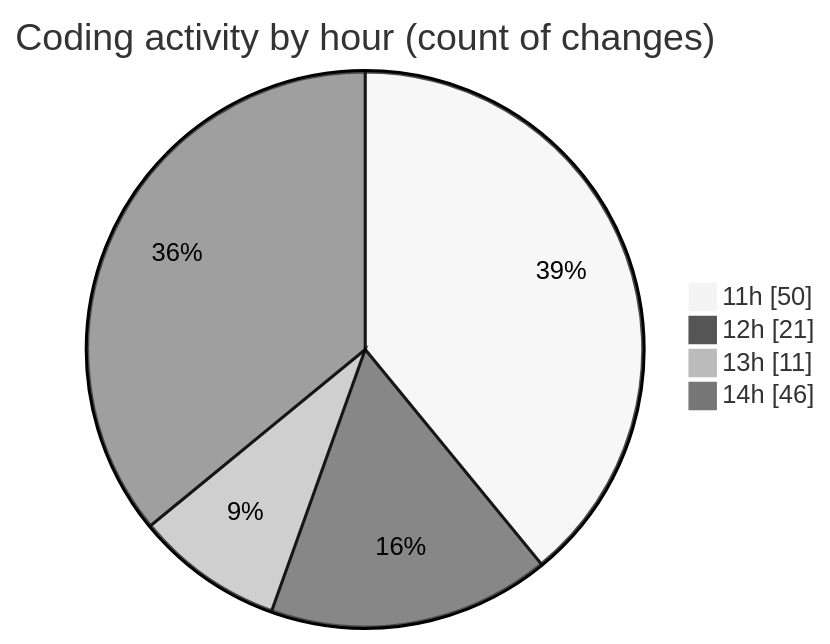
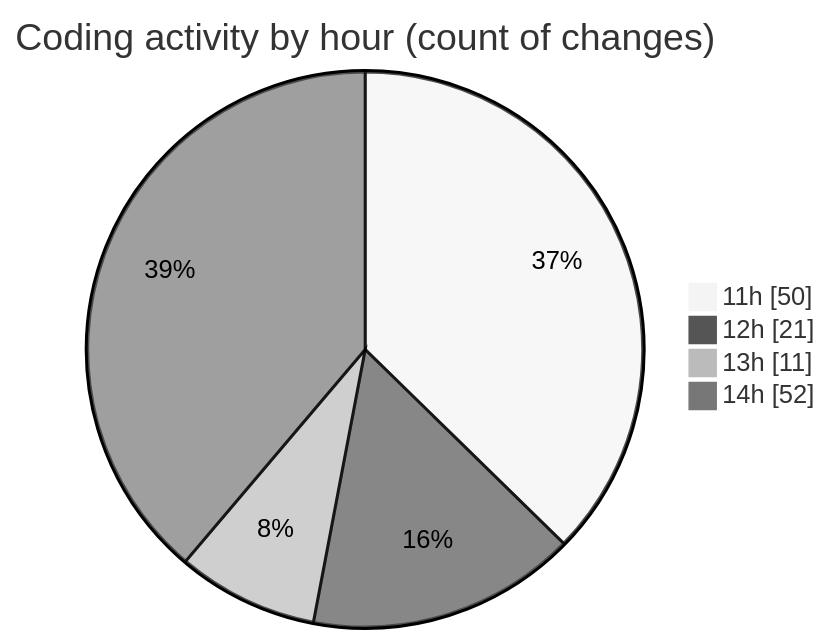
One commit to tmsrecording-cyber/code-tracking changed the second of 2 diagrams in 2026-02-06/singularitybrainai/README.md. Above: the diagram before and after it, drawn with Mermaid (neutral theme). The commit also changed other lines of this file and 1 other file, not shown here.

````diff
--- a/2026-02-06/singularitybrainai/README.md
+++ b/2026-02-06/singularitybrainai/README.md
@@ -41,8 +41,8 @@
 ```mermaid
 pie showData
 title Coding activity by hour (count of changes)
 "11h" : 50
 "12h" : 21
 "13h" : 11
-"14h" : 46
+"14h" : 52
 ```
````
